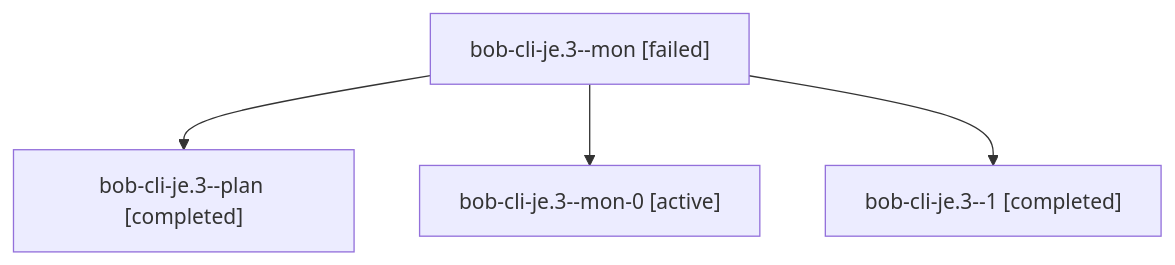
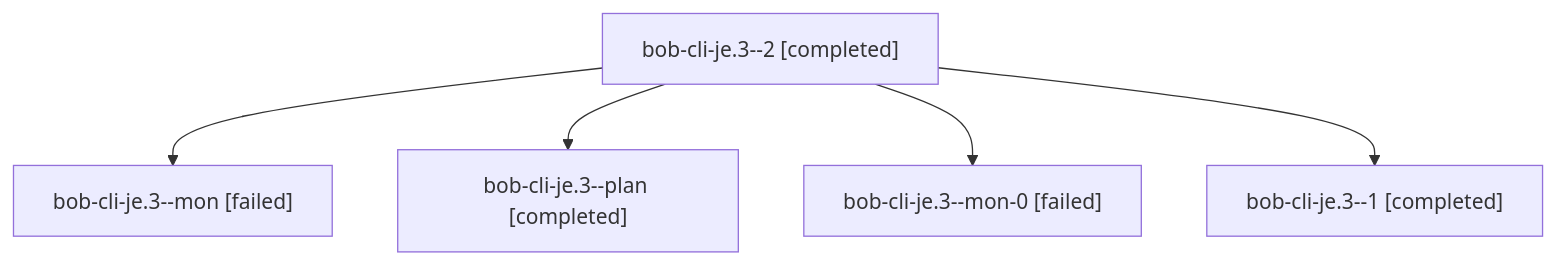
The diagram in sessions/bbugyi200.athena.bob-cli-je.3.md (bobs-org/bob-cli--agents), drawn with Mermaid before and after one commit. The commit also changed other lines of this file and 88 other files, not shown here.

````diff
--- a/sessions/bbugyi200.athena.bob-cli-je.3.md
+++ b/sessions/bbugyi200.athena.bob-cli-je.3.md
@@ -9,10 +9,12 @@
 ```mermaid
 flowchart TD
-  n0["bob-cli-je.3--mon [failed]"]
-  n1["bob-cli-je.3--plan [completed]"]
+  n0["bob-cli-je.3--2 [completed]"]
+  n1["bob-cli-je.3--mon [failed]"]
   n0 --> n1
-  n2["bob-cli-je.3--mon-0 [active]"]
+  n2["bob-cli-je.3--plan [completed]"]
   n0 --> n2
-  n3["bob-cli-je.3--1 [completed]"]
+  n3["bob-cli-je.3--mon-0 [failed]"]
   n0 --> n3
+  n4["bob-cli-je.3--1 [completed]"]
+  n0 --> n4
 ```
````
